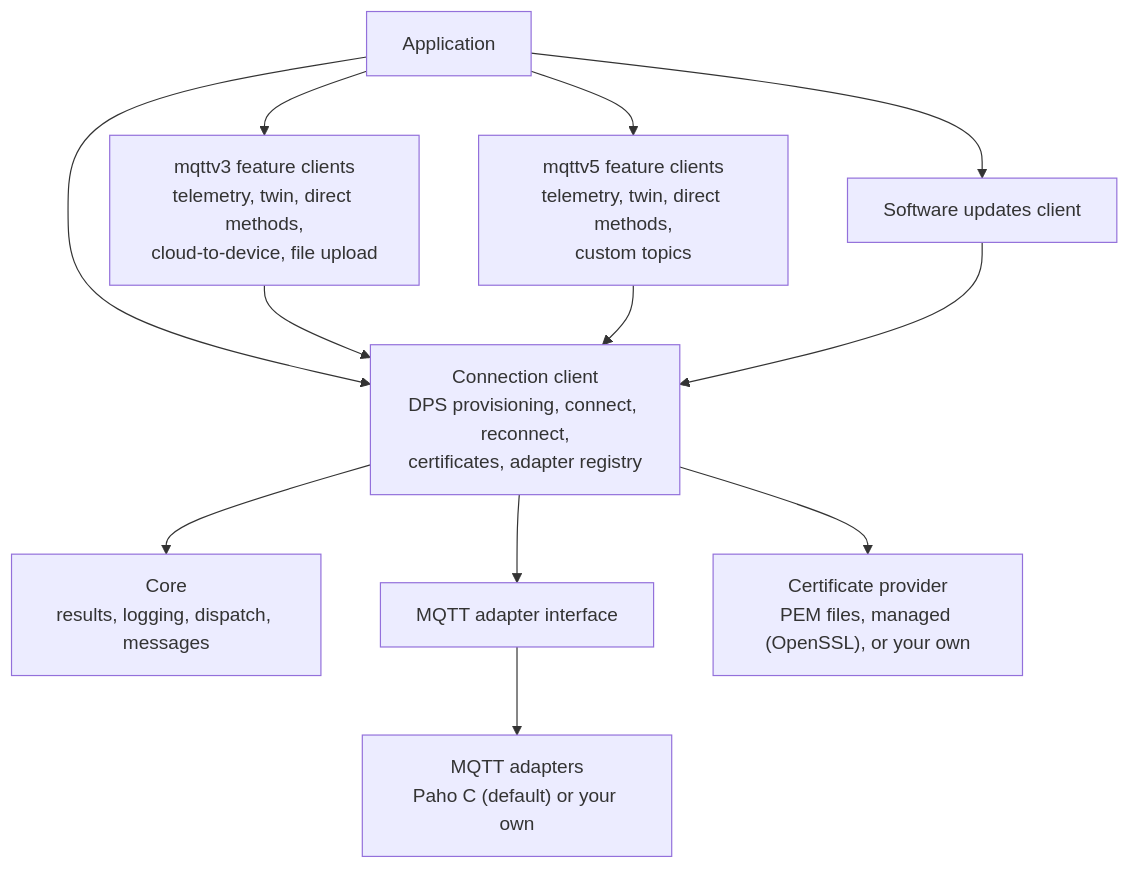
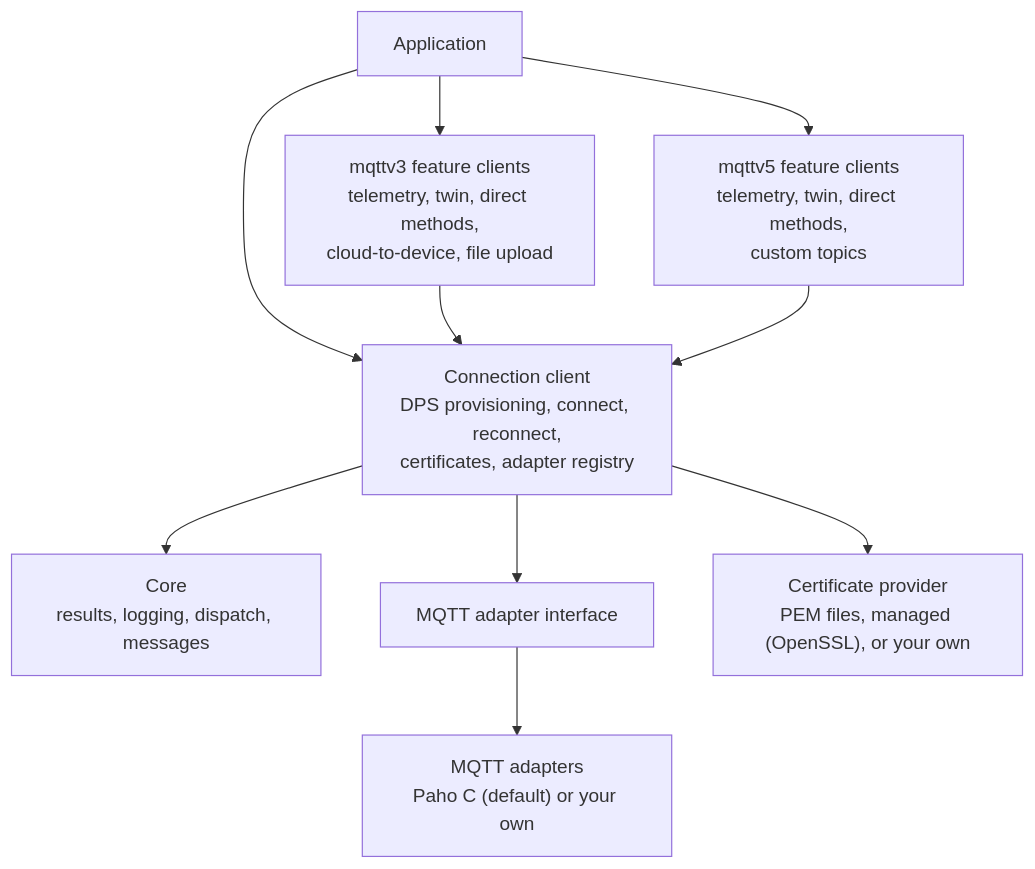
The diagram in c/docs/architecture.md (Azure/azure-iot-sdk), drawn with Mermaid before and after one commit. The commit also changed other lines of this file and 18 other files, not shown here.

````diff
--- a/c/docs/architecture.md
+++ b/c/docs/architecture.md
@@ -30,20 +29,18 @@
 ```mermaid
 flowchart TB
     APP["Application"]
     V3["mqttv3 feature clients<br/>telemetry, twin, direct methods,<br/>cloud-to-device, file upload"]
     V5["mqttv5 feature clients<br/>telemetry, twin, direct methods,<br/>custom topics"]
-    SU["Software updates client"]
     CONN["Connection client<br/>DPS provisioning, connect, reconnect,<br/>certificates, adapter registry"]
     CORE["Core<br/>results, logging, dispatch, messages"]
     IFACE["MQTT adapter interface"]
     ADAPT["MQTT adapters<br/>Paho C (default) or your own"]
     CERT["Certificate provider<br/>PEM files, managed (OpenSSL), or your own"]
 
-    APP --> V3 & V5 & SU & CONN
+    APP --> V3 & V5 & CONN
     V3 --> CONN
     V5 --> CONN
-    SU --> CONN
     CONN --> CORE
     CONN --> CERT
     CONN --> IFACE --> ADAPT
 ```
````
